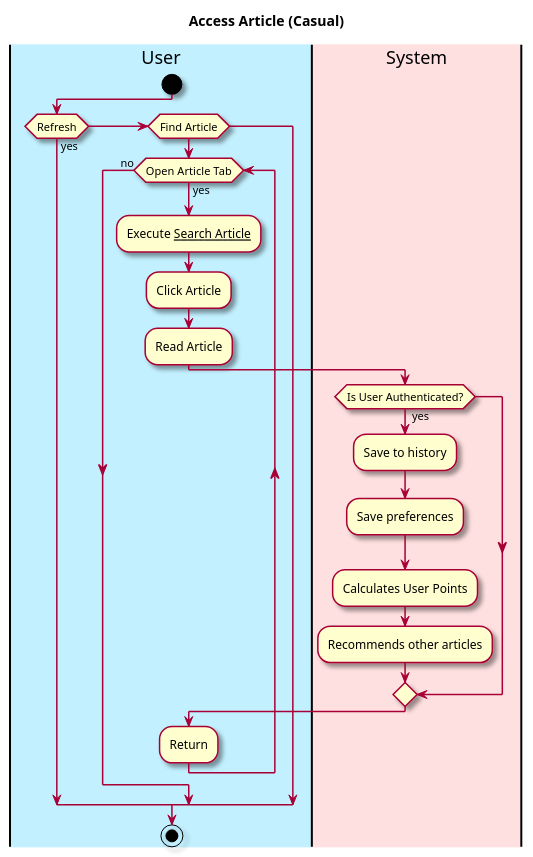
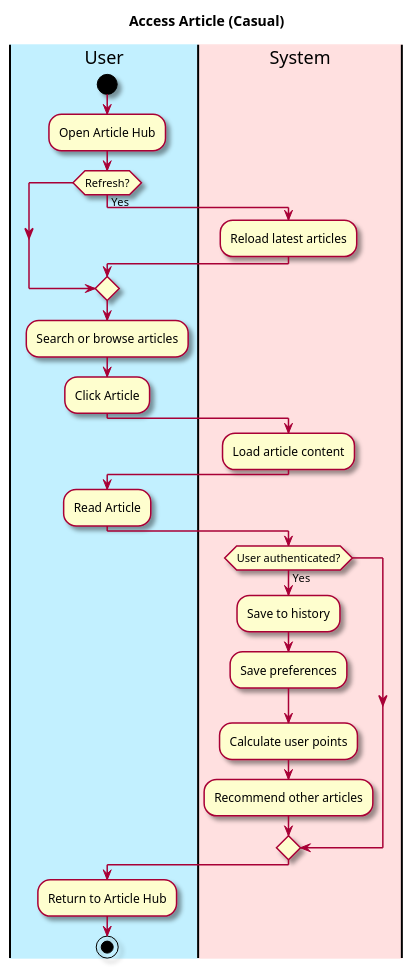
Before and after one commit to owhitleym-ui/EcoScoop: the diagram in intellij/doc/Functional Specification/access-article.md, drawn with PlantUML. The commit also changed 4 other files, not shown here.

Commit message:
Updated access-article access-history configure-settings react-article

````diff
--- a/intellij/doc/Functional Specification/access-article.md
+++ b/intellij/doc/Functional Specification/access-article.md
@@ -24,33 +24,44 @@
 ```plantuml
 @startuml
 
 skin rose
 
 title Access Article (Casual)
 
 'define the lanes
 |#application|User|
 |#implementation|System|
 
 |User|
 start
-    if (Refresh) then (yes)
-    elseif(Find Article)
-    while (Open Article Tab) is (yes)
-        :Execute __Search Article__;
-        :Click Article;
-        :Read Article;
-        |System|
-        if (Is User Authenticated?) then ( yes)
-        :Save to history;
-        :Save preferences;
-        :Calculates User Points;
-        :Recommends other articles;
-        endif
-        |User|
-        :Return;
-    endwhile (no)
-    endif
+:Open Article Hub;
+
+if (Refresh?) then (Yes)
+  |System|
+  :Reload latest articles;
+endif
+
+|User|
+:Search or browse articles;
+:Click Article;
+
+|System|
+:Load article content;
+
+|User|
+:Read Article;
+
+|System|
+if (User authenticated?) then (Yes)
+  :Save to history;
+  :Save preferences;
+  :Calculate user points;
+  :Recommend other articles;
+endif
+
+|User|
+:Return to Article Hub;
+
 stop
 @enduml
 ```
````
